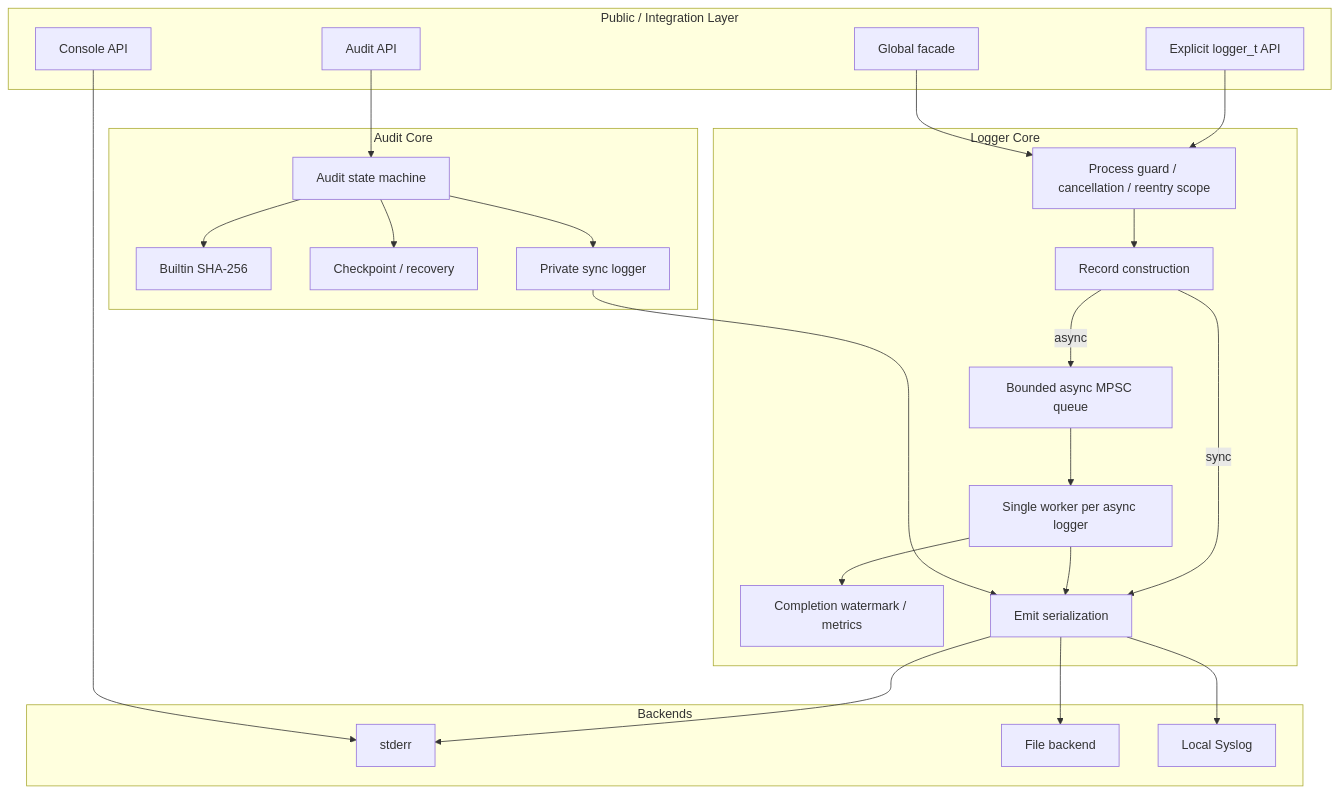
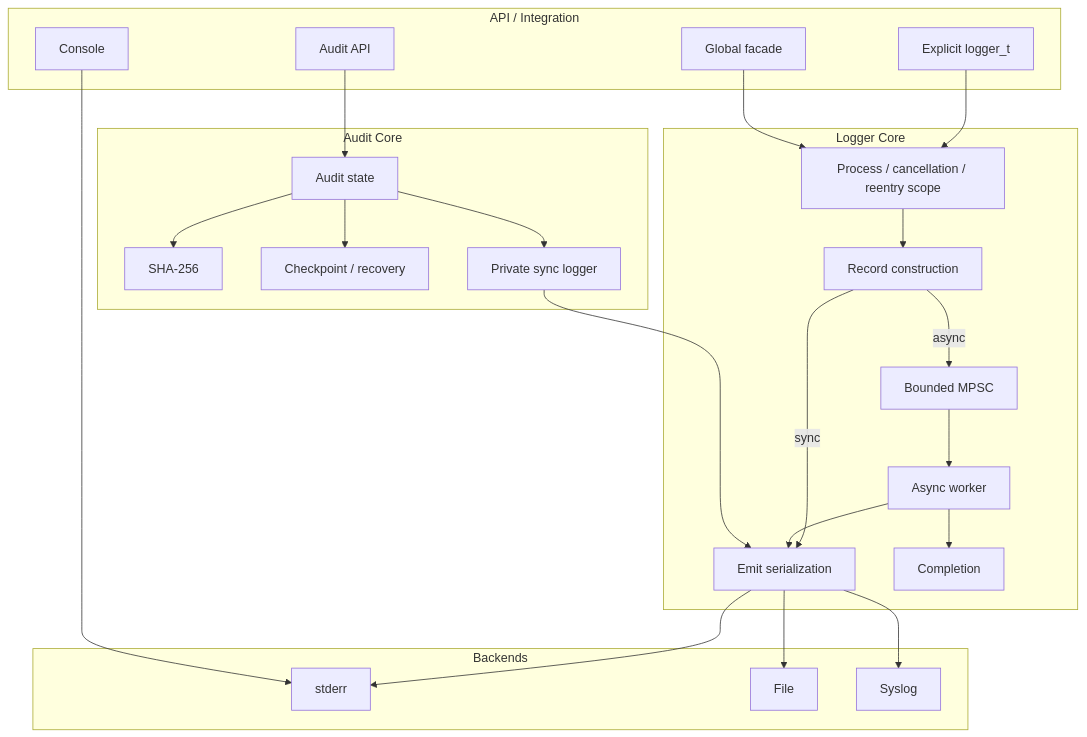
One commit to MyBlackHole/c-logger changed the second of 5 diagrams in docs/ARCHITECTURE.md. Above: the diagram before and after it, drawn with Mermaid. The commit also changed other lines of this file and 4 other files, not shown here.

Commit message:
docs: separate architecture review invariants

````diff
--- a/docs/ARCHITECTURE.md
+++ b/docs/ARCHITECTURE.md
@@ -186,51 +169,51 @@
 ```mermaid
 flowchart TB
-    subgraph Public["Public / Integration Layer"]
-        Explicit["Explicit logger_t API"]
-        Global["Global facade"]
-        Console["Console API"]
-        AuditAPI["Audit API"]
+    subgraph API["API / Integration"]
+        E["Explicit logger_t"]
+        G["Global facade"]
+        C["Console"]
+        A["Audit API"]
     end
 
     subgraph Core["Logger Core"]
-        Scope["Process guard / cancellation / reentry scope"]
+        Scope["Process / cancellation / reentry scope"]
         Record["Record construction"]
-        Queue["Bounded async MPSC queue"]
-        Worker["Single worker per async logger"]
-        Completion["Completion watermark / metrics"]
+        Queue["Bounded MPSC"]
+        Worker["Async worker"]
         Emit["Emit serialization"]
+        Complete["Completion"]
     end
 
-    subgraph Backends["Backends"]
-        Stderr["stderr"]
-        File["File backend"]
-        Syslog["Local Syslog"]
+    subgraph Sink["Backends"]
+        STDERR["stderr"]
+        FILE["File"]
+        SYSLOG["Syslog"]
     end
 
     subgraph AuditCore["Audit Core"]
-        AuditState["Audit state machine"]
-        Hash["Builtin SHA-256"]
-        Checkpoint["Checkpoint / recovery"]
-        AuditLogger["Private sync logger"]
+        State["Audit state"]
+        Hash["SHA-256"]
+        Ckpt["Checkpoint / recovery"]
+        Private["Private sync logger"]
     end
 
-    Explicit --> Scope
-    Global --> Scope
+    E --> Scope
+    G --> Scope
     Scope --> Record
     Record -->|sync| Emit
     Record -->|async| Queue
     Queue --> Worker
     Worker --> Emit
-    Worker --> Completion
-    Emit --> Stderr
-    Emit --> File
-    Emit --> Syslog
+    Worker --> Complete
+    Emit --> STDERR
+    Emit --> FILE
+    Emit --> SYSLOG
 
-    Console --> Stderr
+    C --> STDERR
 
-    AuditAPI --> AuditState
-    AuditState --> Hash
-    AuditState --> Checkpoint
-    AuditState --> AuditLogger
-    AuditLogger --> Emit
+    A --> State
+    State --> Hash
+    State --> Ckpt
+    State --> Private
+    Private --> Emit
 ```
````
